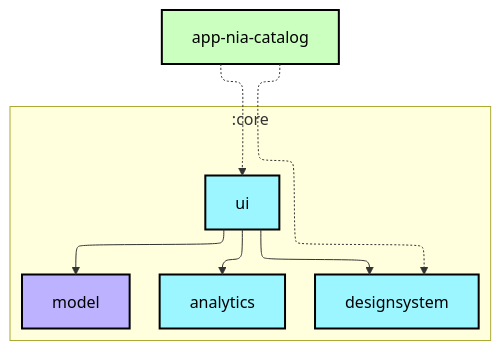
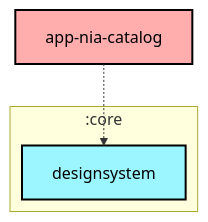
The first of 2 diagrams in app-nia-catalog/README.md (lihenggui/nowinkmp), drawn with Mermaid before and after one commit. The commit also changed other lines of this file and 29 other files, not shown here.

First line of the commit message:
Fix graphUpdate configuration cache compatibility

````diff
--- a/app-nia-catalog/README.md
+++ b/app-nia-catalog/README.md
@@ -6,30 +6,23 @@
 ```mermaid
 ---
 config:
   layout: elk
   elk:
     nodePlacementStrategy: SIMPLE
 ---
 graph TB
   subgraph :core
     direction TB
-    :core:analytics[analytics]:::android-library
-    :core:designsystem[designsystem]:::android-library
-    :core:model[model]:::jvm-library
-    :core:ui[ui]:::android-library
+    :core:designsystem[designsystem]:::kmp-library
   end
-  :app-nia-catalog[app-nia-catalog]:::android-application
+  :app-nia-catalog[app-nia-catalog]:::unknown
 
   :app-nia-catalog -.-> :core:designsystem
-  :app-nia-catalog -.-> :core:ui
-  :core:ui --> :core:analytics
-  :core:ui --> :core:designsystem
-  :core:ui --> :core:model
 
-classDef android-application fill:#CAFFBF,stroke:#000,stroke-width:2px,color:#000;
-classDef android-feature fill:#FFD6A5,stroke:#000,stroke-width:2px,color:#000;
-classDef android-library fill:#9BF6FF,stroke:#000,stroke-width:2px,color:#000;
+classDef cmp-application fill:#CAFFBF,stroke:#000,stroke-width:2px,color:#000;
+classDef cmp-feature fill:#FFD6A5,stroke:#000,stroke-width:2px,color:#000;
+classDef kmp-library fill:#9BF6FF,stroke:#000,stroke-width:2px,color:#000;
+classDef jvm-library fill:#BDB2FF,stroke:#000,stroke-width:2px,color:#000;
 classDef android-test fill:#A0C4FF,stroke:#000,stroke-width:2px,color:#000;
-classDef jvm-library fill:#BDB2FF,stroke:#000,stroke-width:2px,color:#000;
 classDef unknown fill:#FFADAD,stroke:#000,stroke-width:2px,color:#000;
 ```
````
